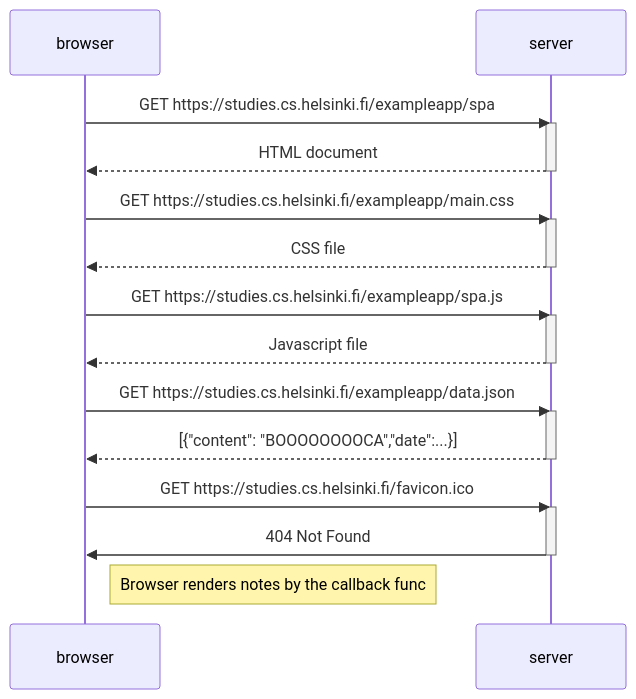
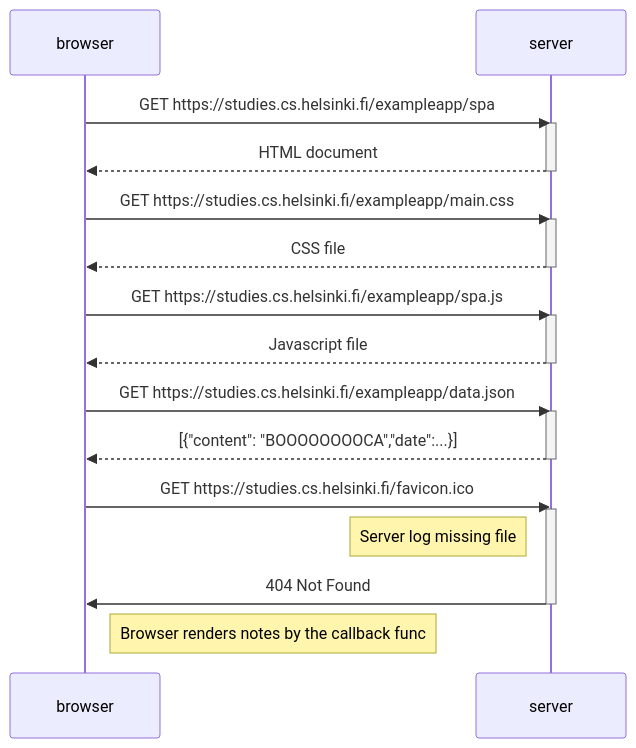
The diagram in part0/spa.md (oskrsjlnd/fullstacc-open), drawn with Mermaid before and after one commit. The commit also changed 1 other file, not shown here.

Commit message:
fixed diagrams

````diff
--- a/part0/spa.md
+++ b/part0/spa.md
@@ -1,32 +1,33 @@
 ```mermaid
     sequenceDiagram
     participant browser
     participant server
 
     browser->>server: GET https://studies.cs.helsinki.fi/exampleapp/spa
     activate server
     server-->>browser: HTML document
     deactivate server
 
     browser->>server: GET https://studies.cs.helsinki.fi/exampleapp/main.css
     activate server
     server-->>browser: CSS file
     deactivate server
 
     browser->>server: GET https://studies.cs.helsinki.fi/exampleapp/spa.js
     activate server
     server-->>browser: Javascript file
     deactivate server
 
     browser->>server: GET https://studies.cs.helsinki.fi/exampleapp/data.json
     activate server
     server-->>browser: [{"content": "BOOOOOOOOCA","date":...}]
     deactivate server
     
     browser->>server: GET https://studies.cs.helsinki.fi/favicon.ico
     activate server
+    Note left of server: Server log missing file
     server->>browser: 404 Not Found
     deactivate server
 
     Note right of browser: Browser renders notes by the callback func
 ```
````
